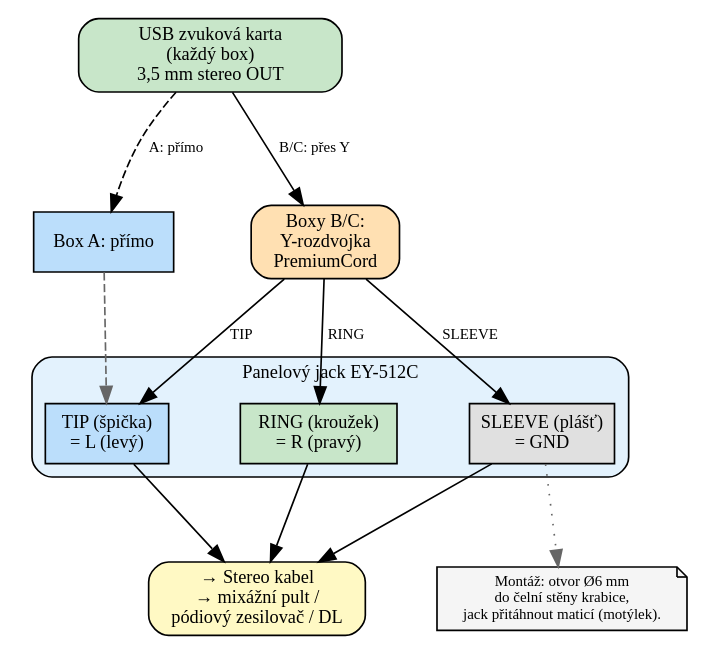
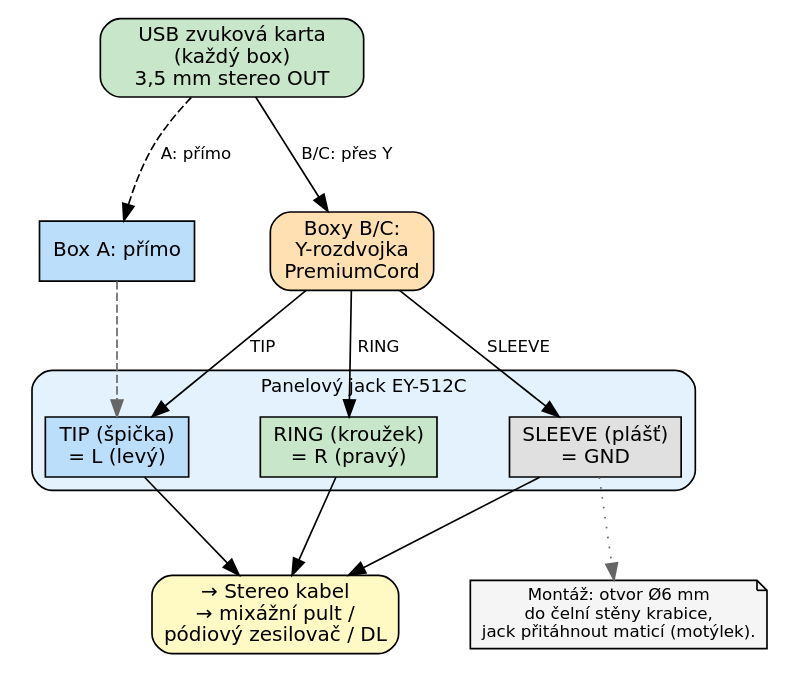
One commit to K0F/1938_ABC changed the diagram in docs/dot/sch_10_audio_jack.dot. Above: the diagram before and after it, drawn with Graphviz. The commit also changed 20 other files, not shown here.

First line of the commit message:
docs: fix PDF rendering, readable diagram fonts, own PSU per box

```diff
--- a/docs/dot/sch_10_audio_jack.dot
+++ b/docs/dot/sch_10_audio_jack.dot
@@ -1,42 +1,42 @@
 // SCH §8 — Zvukové výstupy — panelové stereo jacky
 digraph G {
-    graph [fontname="Terminus" rankdir=TB bgcolor="white" nodesep=0.6 ranksep=0.8];
-node [fontname="Terminus" fontsize=11 style="filled"];
-edge [fontname="Terminus" fontsize=9];
+    graph [fontname="DejaVu Sans" rankdir=TB bgcolor="white" nodesep=0.6 ranksep=0.8];
+node [fontname="DejaVu Sans" fontsize=12 style="filled"];
+edge [fontname="DejaVu Sans" fontsize=10];
 
 // Source
 zvuk [label="USB zvuková karta\n(každý box)\n3,5 mm stereo OUT" shape=box style="filled,rounded" fillcolor="#c8e6c9" width=2.2];
 
 // Branches
 a_přímo [label="Box A: přímo" shape=box fillcolor="#bbdefb"];
 bc_y [label="Boxy B/C:\nY-rozdvojka\nPremiumCord" shape=box style="filled,rounded" fillcolor="#ffe0b2"];
 
 // Panel jack
 subgraph cluster_jack {
     label="Panelový jack EY-512C";
     style="filled,rounded";
     fillcolor="#e3f2fd";
     fontsize=11;
 
     tip [label="TIP (špička)\n= L (levý)" shape=box fillcolor="#bbdefb"];
     ring [label="RING (kroužek)\n= R (pravý)" shape=box fillcolor="#c8e6c9"];
     sleeve [label="SLEEVE (plášť)\n= GND" shape=box fillcolor="#e0e0e0"];
 }
 
 output [label="→ Stereo kabel\n→ mixážní pult /\npódiový zesilovač / DL" shape=box style="filled,rounded" fillcolor="#fff9c4"];
 
 // Connections
 zvuk -> a_přímo [label="  A: přímo  " style=dashed];
 zvuk -> bc_y [label="  B/C: přes Y  "];
 bc_y -> tip [label="  TIP  "];
 bc_y -> ring [label="  RING  "];
 bc_y -> sleeve [label="  SLEEVE  "];
 a_přímo -> tip [style=dashed color="#666666"];
 tip -> output;
 ring -> output;
 sleeve -> output;
 
 // Mount note
-note [label="Montáž: otvor Ø6 mm\ndo čelní stěny krabice,\njack přitáhnout maticí (motýlek)." shape=note fillcolor="#f5f5f5" fontsize=9];
+note [label="Montáž: otvor Ø6 mm\ndo čelní stěny krabice,\njack přitáhnout maticí (motýlek)." shape=note fillcolor="#f5f5f5" fontsize=10];
 sleeve -> note [style=dotted color="#666666"];
 }
```
